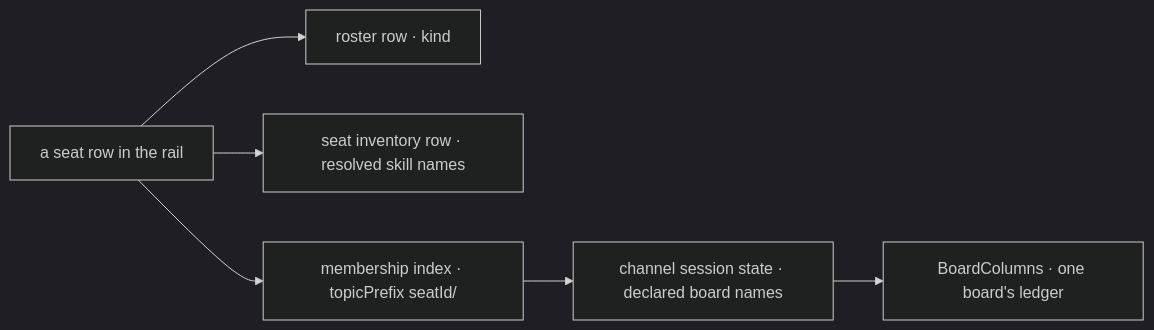
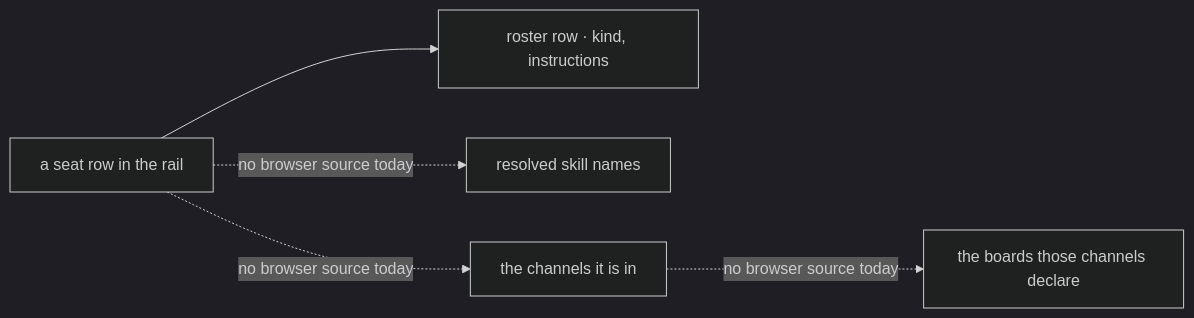
Before and after one commit to fixpoint-labs/flow-state-dev: the diagram in specs/issues/FIX-1500/SPEC.md, drawn with Mermaid (dark theme). The commit also changed other lines of this file and 4 other files, not shown here.

````diff
--- a/specs/issues/FIX-1500/SPEC.md
+++ b/specs/issues/FIX-1500/SPEC.md
@@ -63,8 +63,7 @@
 ```mermaid
 flowchart LR
-  S["a seat row in the rail"] --> R["roster row · kind"]
-  S --> I["seat inventory row · resolved skill names"]
-  S --> M["membership index · topicPrefix seatId/"]
-  M --> C["channel session state · declared board names"]
-  C --> B["BoardColumns · one board's ledger"]
+  S["a seat row in the rail"] --> R["roster row · kind, instructions"]
+  S -.->|"no browser source today"| I["resolved skill names"]
+  S -.->|"no browser source today"| M["the channels it is in"]
+  M -.->|"no browser source today"| B["the boards those channels declare"]
 ```
````
